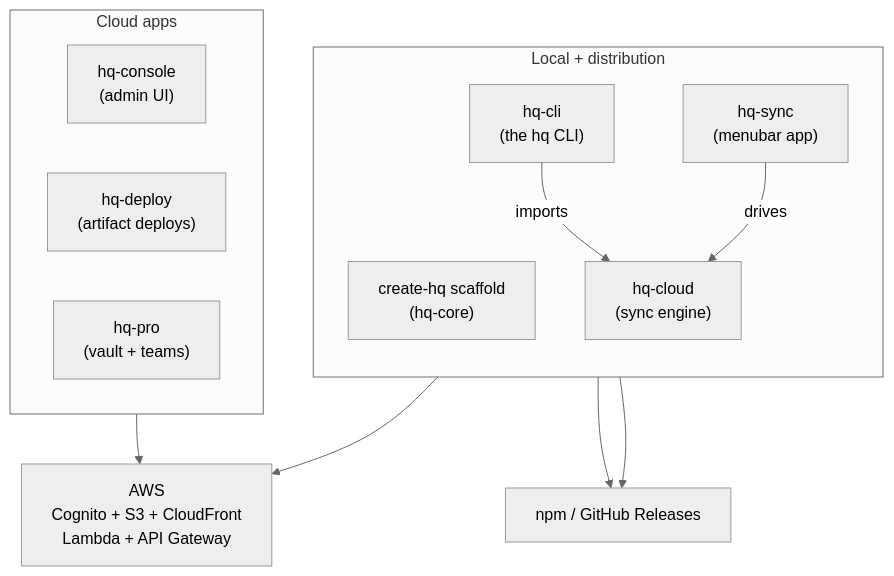
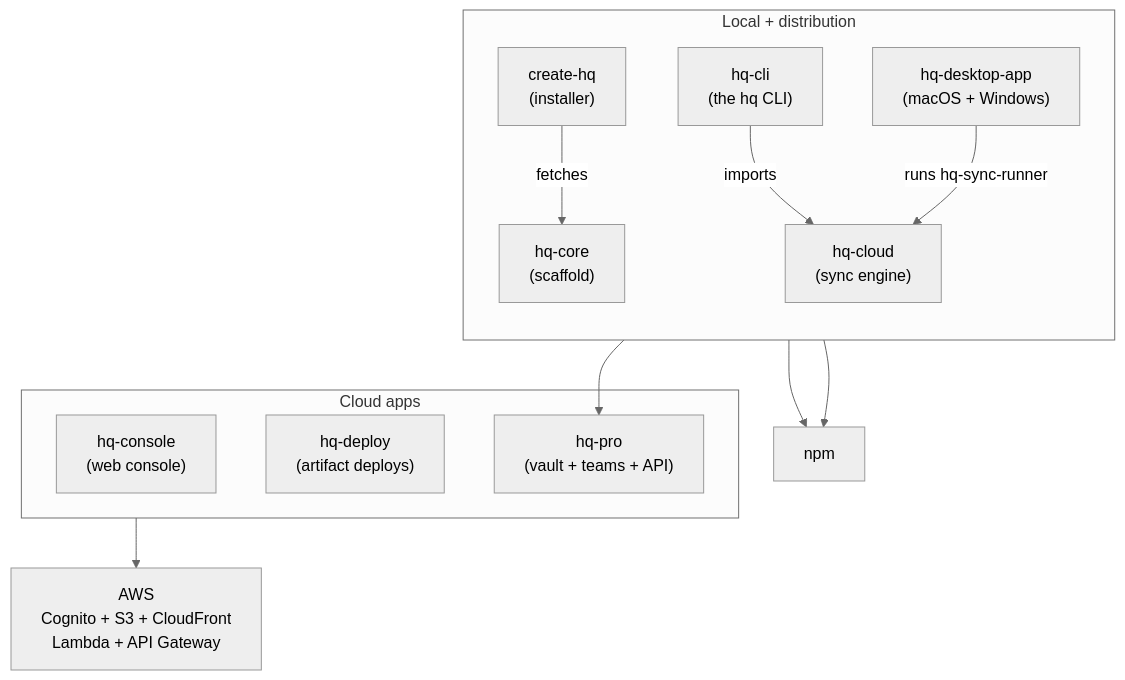
One commit to indigoai-us/indigo-docs changed the first of 5 diagrams in src/content/docs/hq/architecture/1-overview.mdx. Above: the diagram before and after it, drawn with Mermaid (neutral theme). The commit also changed other lines of this file and 92 other files, not shown here.

````diff
--- a/src/content/docs/hq/architecture/1-overview.mdx
+++ b/src/content/docs/hq/architecture/1-overview.mdx
@@ -10,21 +10,23 @@
 ```mermaid
 graph TD
     subgraph local["Local + distribution"]
         direction TB
-        createhq["create-hq scaffold<br/>(hq-core)"]
+        createhq["create-hq<br/>(installer)"]
+        core["hq-core<br/>(scaffold)"]
         hqcli["hq-cli<br/>(the hq CLI)"]
         hqcloud["hq-cloud<br/>(sync engine)"]
-        hqsync["hq-sync<br/>(menubar app)"]
+        desktop["hq-desktop-app<br/>(macOS + Windows)"]
+        createhq -->|fetches| core
         hqcli -->|imports| hqcloud
-        hqsync -->|drives| hqcloud
+        desktop -->|runs hq-sync-runner| hqcloud
     end
     subgraph cloudapps["Cloud apps"]
-        console["hq-console<br/>(admin UI)"]
+        console["hq-console<br/>(web console)"]
         deploy["hq-deploy<br/>(artifact deploys)"]
-        pro["hq-pro<br/>(vault + teams)"]
+        pro["hq-pro<br/>(vault + teams + API)"]
     end
-    createhq --> npm["npm / GitHub Releases"]
+    createhq --> npm["npm"]
     hqcli --> npm
     cloudapps --> aws["AWS<br/>Cognito + S3 + CloudFront<br/>Lambda + API Gateway"]
-    hqcloud --> aws
+    hqcloud --> pro
 ```
````
